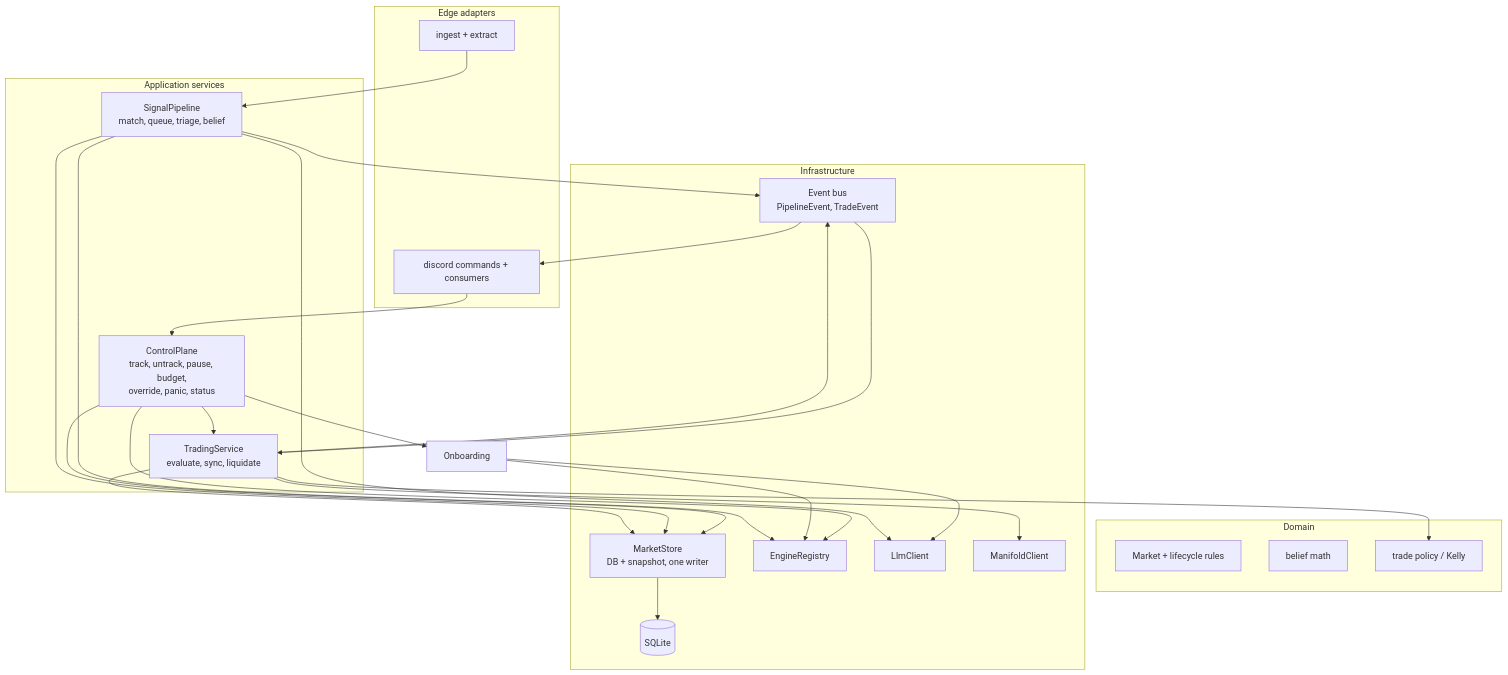
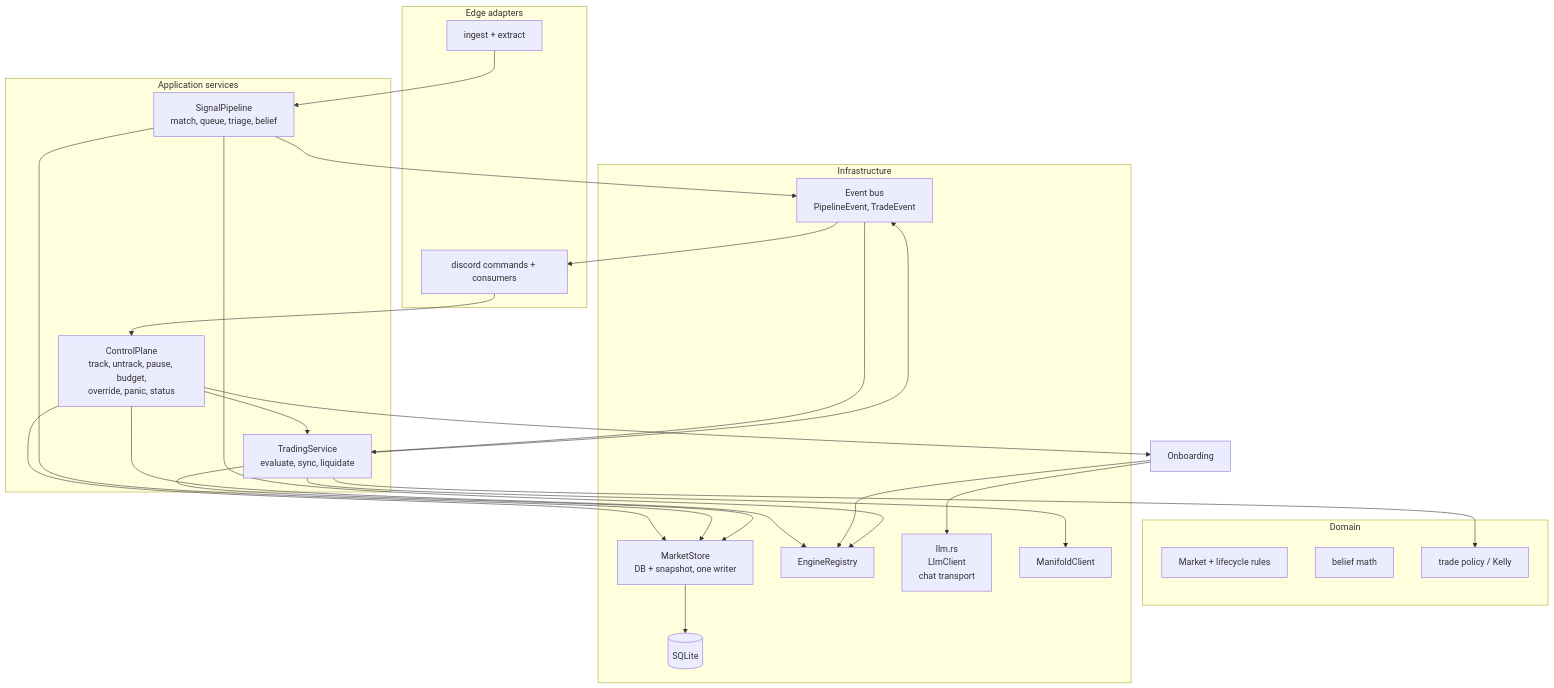
One commit to podikoglou/manif0ld changed the seventh of 7 diagrams in docs/ARCHITECTURE.md. Above: the diagram before and after it, drawn with Mermaid. The commit also changed other lines of this file and 1 other file, not shown here.

First line of the commit message:
docs: record the llm module split

````diff
--- a/docs/ARCHITECTURE.md
+++ b/docs/ARCHITECTURE.md
@@ -1137,45 +1189,44 @@
 ```mermaid
 flowchart TB
     subgraph EDGE["Edge adapters"]
         INGEST2["ingest + extract"]
         DISCORD2["discord commands + consumers"]
     end
     subgraph APP["Application services"]
         CONTROL["ControlPlane<br/>track, untrack, pause, budget,<br/>override, panic, status"]
         PIPELINE2["SignalPipeline<br/>match, queue, triage, belief"]
         TRADING["TradingService<br/>evaluate, sync, liquidate"]
     end
     subgraph DOMAIN["Domain"]
         MARKET["Market + lifecycle rules"]
         BELIEF["belief math"]
         POLICY["trade policy / Kelly"]
     end
     subgraph INFRA["Infrastructure"]
         STORE["MarketStore<br/>DB + snapshot, one writer"]
         REG2["EngineRegistry"]
-        LLM2["LlmClient"]
+        LLM2["llm.rs<br/>LlmClient<br/>chat transport"]
         MANIFOLD["ManifoldClient"]
         EVENTS["Event bus<br/>PipelineEvent, TradeEvent"]
         DB2[("SQLite")]
     end
 
     INGEST2 --> PIPELINE2
     DISCORD2 --> CONTROL
     CONTROL --> STORE
     CONTROL --> REG2
     CONTROL --> TRADING
     CONTROL --> Onboarding
     Onboarding --> LLM2
     Onboarding --> REG2
     PIPELINE2 --> REG2
     PIPELINE2 --> STORE
-    PIPELINE2 --> LLM2
     PIPELINE2 --> EVENTS
     EVENTS --> TRADING
     TRADING --> POLICY
     TRADING --> MANIFOLD
     TRADING --> STORE
     TRADING --> EVENTS
     EVENTS --> DISCORD2
     STORE --> DB2
 ```
````
